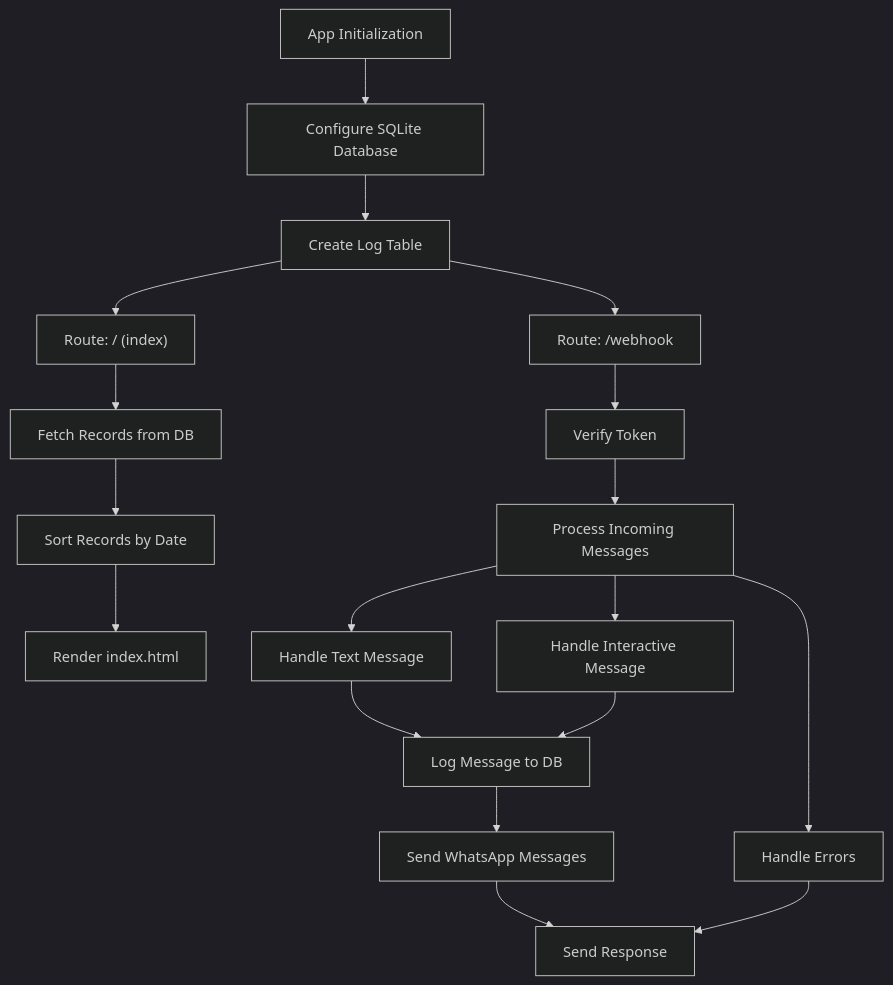
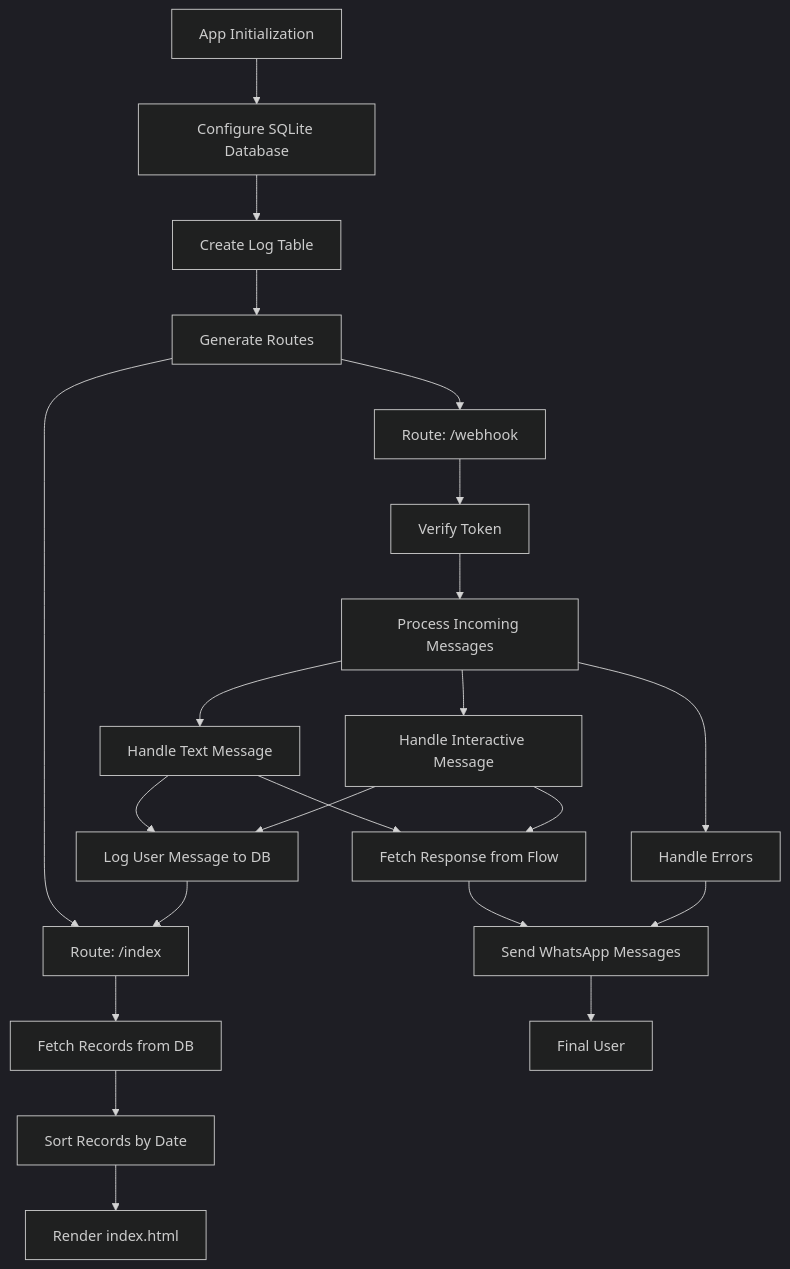
One commit to m1guel17/m1guel17 changed the first of 2 diagrams in README.md. Above: the diagram before and after it, drawn with Mermaid (dark theme).

````diff
--- a/README.md
+++ b/README.md
@@ -31,37 +31,43 @@
 ```mermaid
 flowchart TD
   AppInit["App Initialization"]
   ConfigDB["Configure SQLite Database"]
   CreateTable["Create Log Table"]
-  RouteIndex["Route: / (index)"]
+  CreateRoutes["Generate Routes"]
+  RouteIndex["Route: /index"]
   FetchRecords["Fetch Records from DB"]
   SortRecords["Sort Records by Date"]
   RenderIndex["Render index.html"]
   RouteWebhook["Route: /webhook"]
   VerifyToken["Verify Token"]
   ProcessMessages["Process Incoming Messages"]
   HandleTextMessage["Handle Text Message"]
   HandleInteractiveMessage["Handle Interactive Message"]
-  LogMessage["Log Message to DB"]
+  LogMessage["Log User Message to DB"]
   SendMessage["Send WhatsApp Messages"]
   HandleErrors["Handle Errors"]
-  SendResponse["Send Response"]
+  FetchResponse["Fetch Response from Flow"]
+  FinalUser["Final User"]
 
   AppInit --> ConfigDB
   ConfigDB --> CreateTable
-  CreateTable --> RouteIndex
-  CreateTable --> RouteWebhook
+  CreateTable --> CreateRoutes
+  CreateRoutes --> RouteIndex
+  CreateRoutes --> RouteWebhook
   RouteIndex --> FetchRecords
   FetchRecords --> SortRecords
   SortRecords --> RenderIndex
   RouteWebhook --> VerifyToken
   VerifyToken --> ProcessMessages
   ProcessMessages --> HandleTextMessage
   ProcessMessages --> HandleInteractiveMessage
   HandleTextMessage --> LogMessage
   HandleInteractiveMessage --> LogMessage
-  LogMessage --> SendMessage
-  SendMessage --> SendResponse
+  HandleTextMessage --> FetchResponse
+  HandleInteractiveMessage --> FetchResponse
+  LogMessage --> RouteIndex
+  FetchResponse --> SendMessage
   ProcessMessages --> HandleErrors
-  HandleErrors --> SendResponse
+  HandleErrors --> SendMessage
+  SendMessage --> FinalUser
 ```
````
